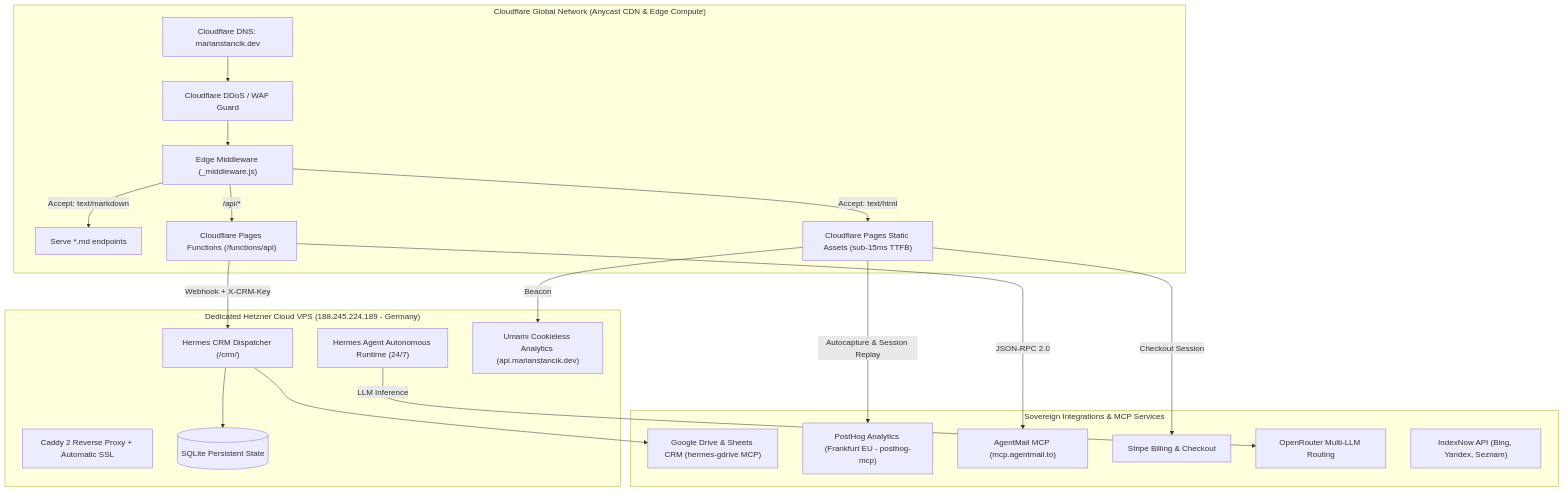
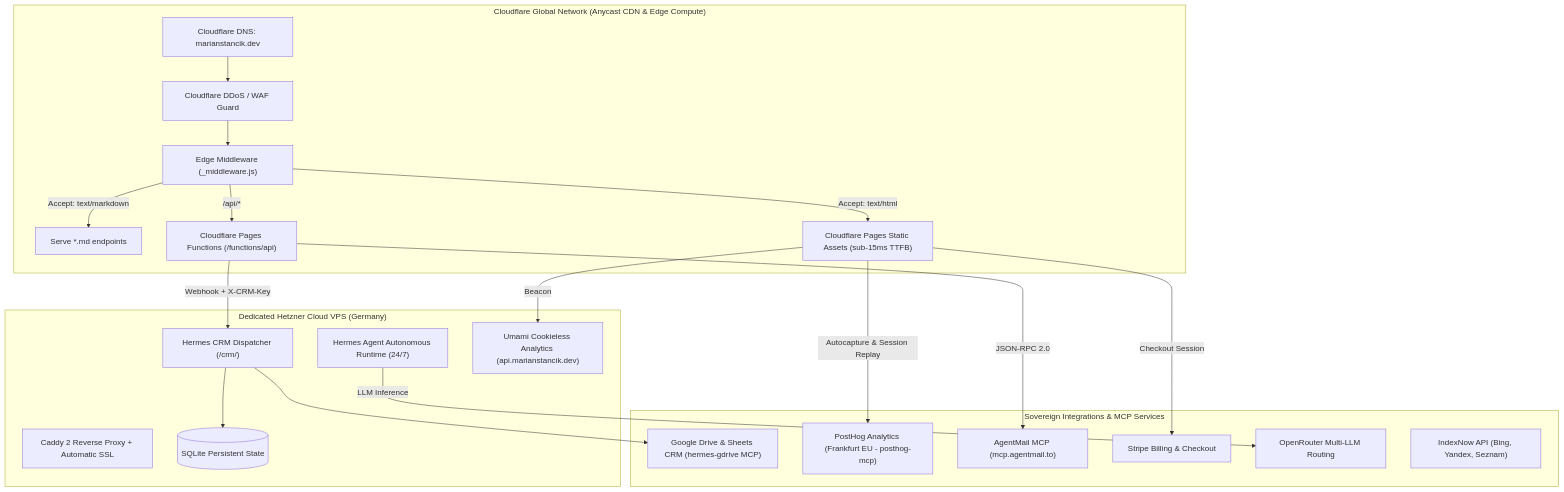
The first of 2 diagrams in AGENTS.md (Abra7abra7/marian_stancik_dev_web), drawn with Mermaid before and after one commit. The commit also changed other lines of this file and 94 other files, not shown here.

````diff
--- a/AGENTS.md
+++ b/AGENTS.md
@@ -86,36 +86,36 @@
 ```mermaid
 flowchart TD
     subgraph Global Edge ["Cloudflare Global Network (Anycast CDN & Edge Compute)"]
         DNS[Cloudflare DNS: marianstancik.dev] --> WAF[Cloudflare DDoS / WAF Guard]
         WAF --> EdgeMiddleware["Edge Middleware (_middleware.js)"]
         EdgeMiddleware -->|Accept: text/markdown| MDDirect["Serve *.md endpoints"]
         EdgeMiddleware -->|Accept: text/html| PagesStatic["Cloudflare Pages Static Assets (sub-15ms TTFB)"]
         EdgeMiddleware -->|/api/*| EdgeFunctions["Cloudflare Pages Functions (/functions/api)"]
     end
 
-    subgraph European VPS ["Dedicated Hetzner Cloud VPS (188.245.224.189 - Germany)"]
+    subgraph European VPS ["Dedicated Hetzner Cloud VPS (Germany)"]
         Caddy[Caddy 2 Reverse Proxy + Automatic SSL]
         HermesAgent["Hermes Agent Autonomous Runtime (24/7)"]
         HermesCRM["Hermes CRM Dispatcher (/crm/)"]
         Umami["Umami Cookieless Analytics (api.marianstancik.dev)"]
         SQLiteStore[("SQLite Persistent State")]
     end
 
     subgraph Sovereign Cloud & APIs ["Sovereign Integrations & MCP Services"]
         GoogleDrive["Google Drive & Sheets CRM (hermes-gdrive MCP)"]
         PostHogEU["PostHog Analytics (Frankfurt EU - posthog-mcp)"]
         AgentMail["AgentMail MCP (mcp.agentmail.to)"]
         StripeAPI["Stripe Billing & Checkout"]
         OpenRouter["OpenRouter Multi-LLM Routing"]
         IndexNow["IndexNow API (Bing, Yandex, Seznam)"]
     end
 
     EdgeFunctions -->|JSON-RPC 2.0| AgentMail
     EdgeFunctions -->|Webhook + X-CRM-Key| HermesCRM
     HermesCRM --> SQLiteStore
     HermesCRM --> GoogleDrive
     PagesStatic -->|Checkout Session| StripeAPI
     PagesStatic -->|Beacon| Umami
     PagesStatic -->|Autocapture & Session Replay| PostHogEU
     HermesAgent -->|LLM Inference| OpenRouter
 ```
````
